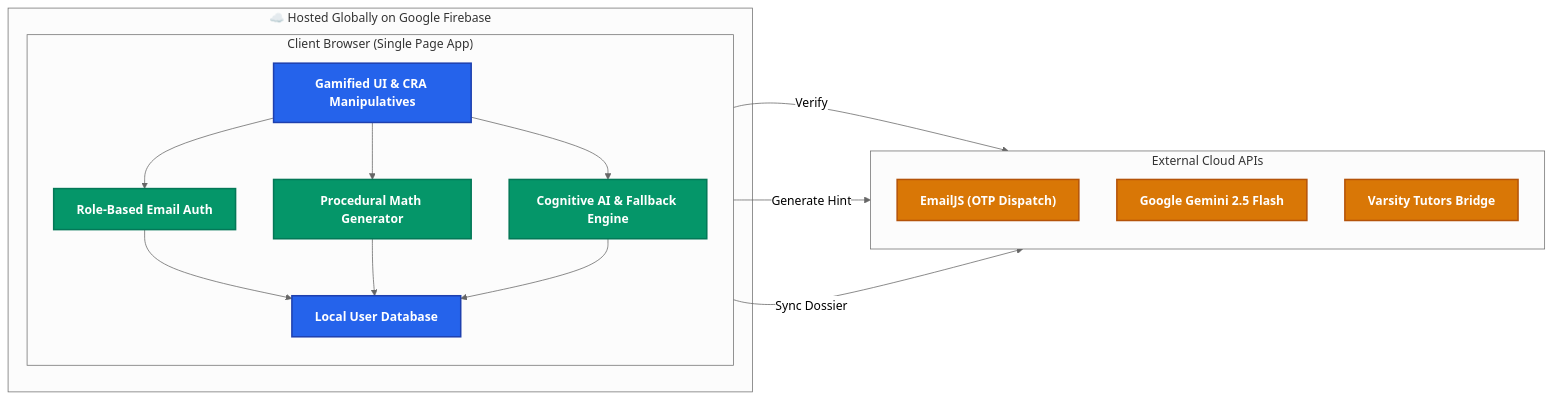
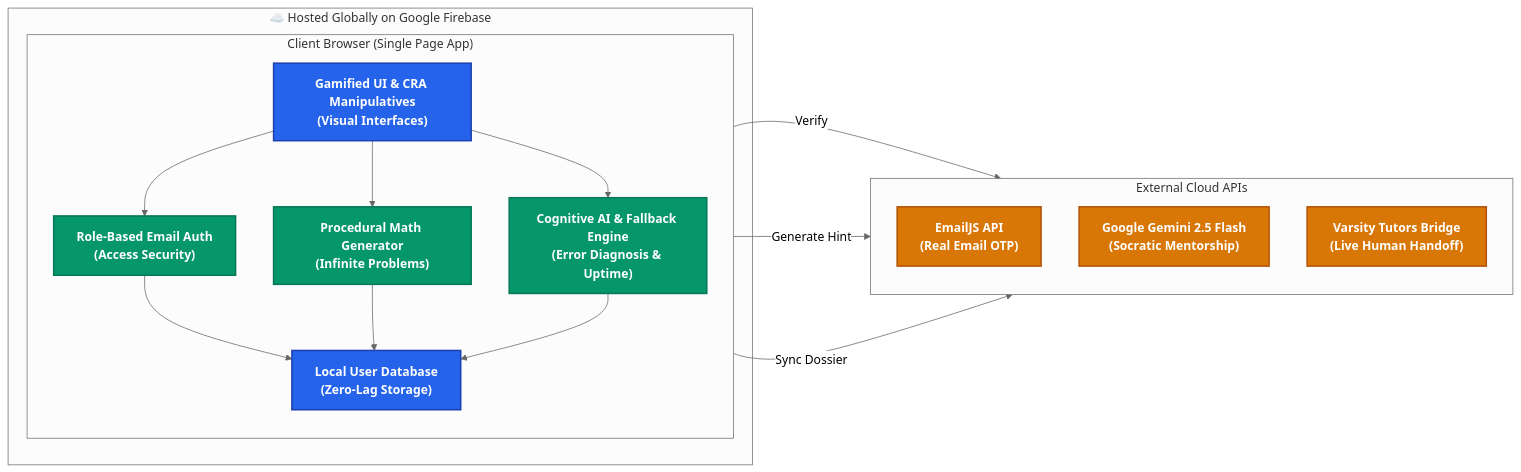
One commit to SKannaian/nerdy-arithmetic-ai changed the first of 8 diagrams in ARCHITECTURE.md. Above: the diagram before and after it, drawn with Mermaid (neutral theme).

Commit message:
Add descriptive keywords to diagram nodes for easier presentation context

````diff
--- a/ARCHITECTURE.md
+++ b/ARCHITECTURE.md
@@ -27,37 +27,37 @@
 ```mermaid
 graph LR
     %% Styling - High Contrast for Presentations
     classDef primary fill:#2563eb,stroke:#1e40af,stroke-width:2px,color:#ffffff,font-weight:bold;
     classDef logic fill:#059669,stroke:#047857,stroke-width:2px,color:#ffffff,font-weight:bold;
     classDef cloud fill:#d97706,stroke:#b45309,stroke-width:2px,color:#ffffff,font-weight:bold;
 
     subgraph Firebase ["☁️ Hosted Globally on Google Firebase"]
         subgraph Client ["Client Browser (Single Page App)"]
             direction TB
-            UI["Gamified UI & CRA Manipulatives"]:::primary
-            Auth["Role-Based Email Auth"]:::logic
-            Gen["Procedural Math Generator"]:::logic
-            AI["Cognitive AI & Fallback Engine"]:::logic
-            DB["Local User Database"]:::primary
+            UI["Gamified UI & CRA Manipulatives<br/>(Visual Interfaces)"]:::primary
+            Auth["Role-Based Email Auth<br/>(Access Security)"]:::logic
+            Gen["Procedural Math Generator<br/>(Infinite Problems)"]:::logic
+            AI["Cognitive AI & Fallback Engine<br/>(Error Diagnosis & Uptime)"]:::logic
+            DB["Local User Database<br/>(Zero-Lag Storage)"]:::primary
             
             UI --> Auth
             UI --> Gen
             UI --> AI
             Auth --> DB
             Gen --> DB
             AI --> DB
         end
     end
 
     subgraph External ["External Cloud APIs"]
         direction TB
-        Email["EmailJS (OTP Dispatch)"]:::cloud
-        Gemini["Google Gemini 2.5 Flash"]:::cloud
-        Varsity["Varsity Tutors Bridge"]:::cloud
+        Email["EmailJS API<br/>(Real Email OTP)"]:::cloud
+        Gemini["Google Gemini 2.5 Flash<br/>(Socratic Mentorship)"]:::cloud
+        Varsity["Varsity Tutors Bridge<br/>(Live Human Handoff)"]:::cloud
     end
 
     %% Cross-boundary connections
     Auth -- "Verify" --> Email
     AI -- "Generate Hint" --> Gemini
     DB -- "Sync Dossier" --> Varsity
 ```
````
